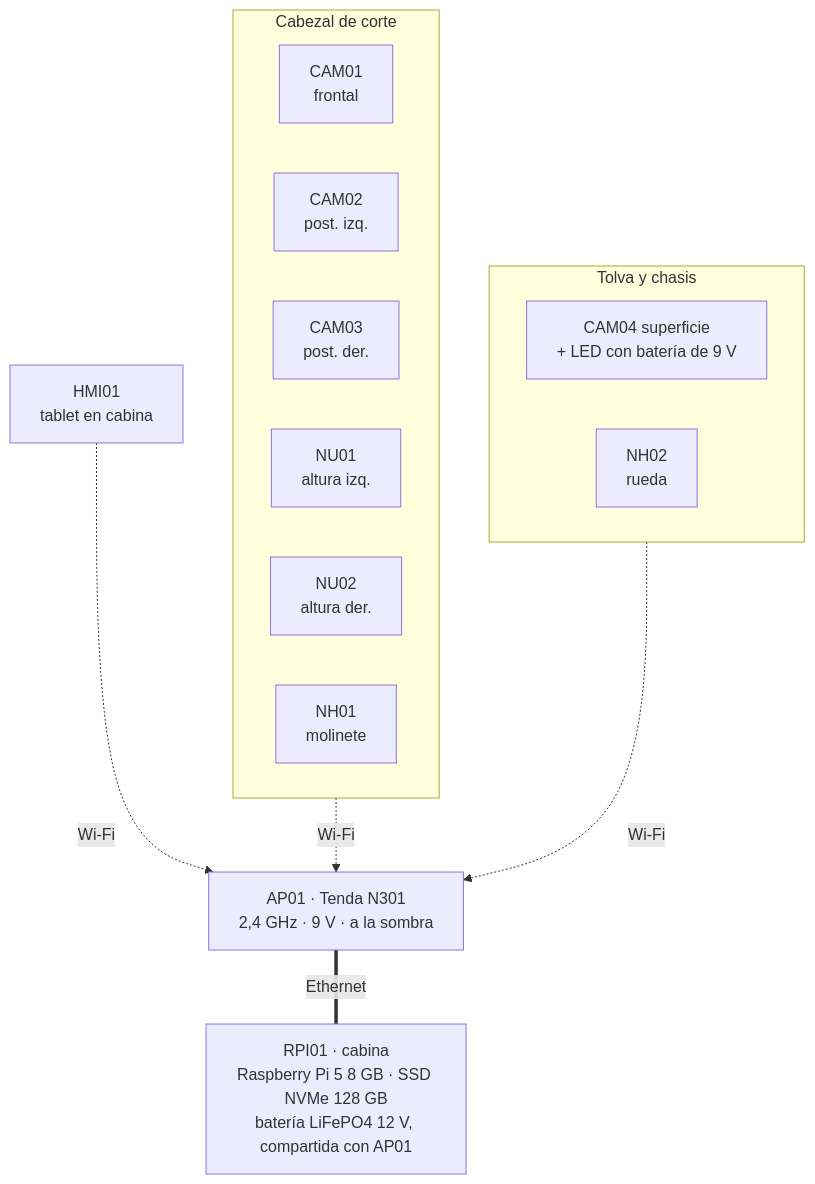
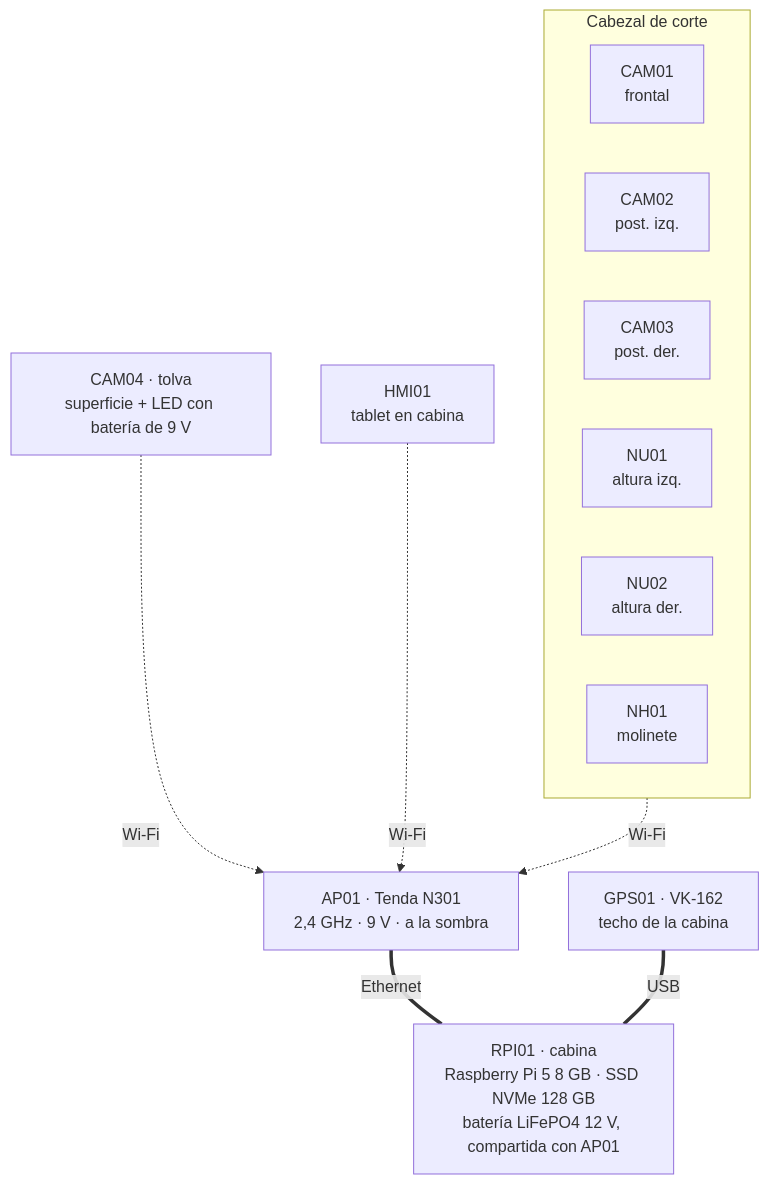
Before and after one commit to Camilo1408/config-ricevi: the diagram in docs/diagramas/01-mapa-fisico.mmd, drawn with Mermaid. The commit also changed 49 other files, not shown here.

First line of the commit message:
Velocidad por GPS, siete nodos y documentacion v1.3 con el concurso

```diff
--- a/docs/diagramas/01-mapa-fisico.mmd
+++ b/docs/diagramas/01-mapa-fisico.mmd
@@ -1,19 +1,16 @@
 flowchart TB
   subgraph CABEZAL["Cabezal de corte"]
     direction LR
     C1["CAM01<br/>frontal"]
     C2["CAM02<br/>post. izq."]
     C3["CAM03<br/>post. der."]
     NU1["NU01<br/>altura izq."]
     NU2["NU02<br/>altura der."]
     NH1["NH01<br/>molinete"]
   end
-  subgraph MAQ["Tolva y chasis"]
-    direction LR
-    C4["CAM04 superficie<br/>+ LED con batería de 9 V"]
-    NH2["NH02<br/>rueda"]
-  end
+  C4["CAM04 · tolva<br/>superficie + LED con batería de 9 V"]
   CABEZAL -.->|"Wi-Fi"| AP["AP01 · Tenda N301<br/>2,4 GHz · 9 V · a la sombra"]
-  MAQ -.->|"Wi-Fi"| AP
+  C4 -.->|"Wi-Fi"| AP
   HMI["HMI01<br/>tablet en cabina"] -.->|"Wi-Fi"| AP
   AP ===|"Ethernet"| RPI["RPI01 · cabina<br/>Raspberry Pi 5 8 GB · SSD NVMe 128 GB<br/>batería LiFePO4 12 V, compartida con AP01"]
+  GPS["GPS01 · VK-162<br/>techo de la cabina"] ===|"USB"| RPI
```
